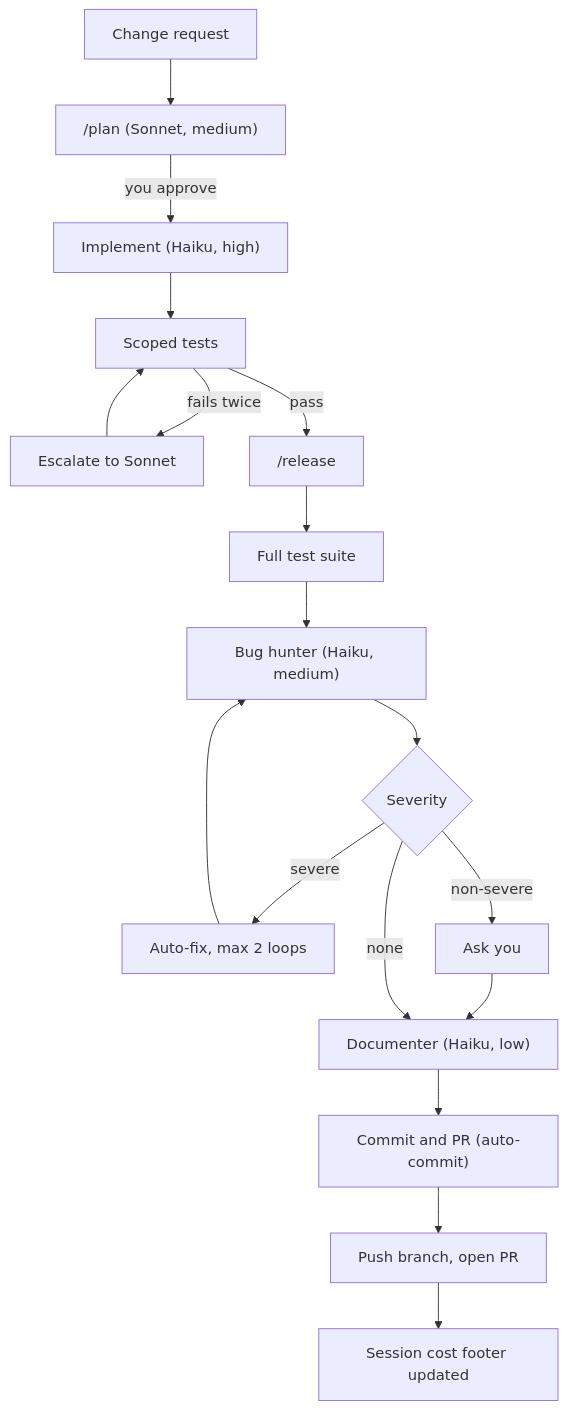
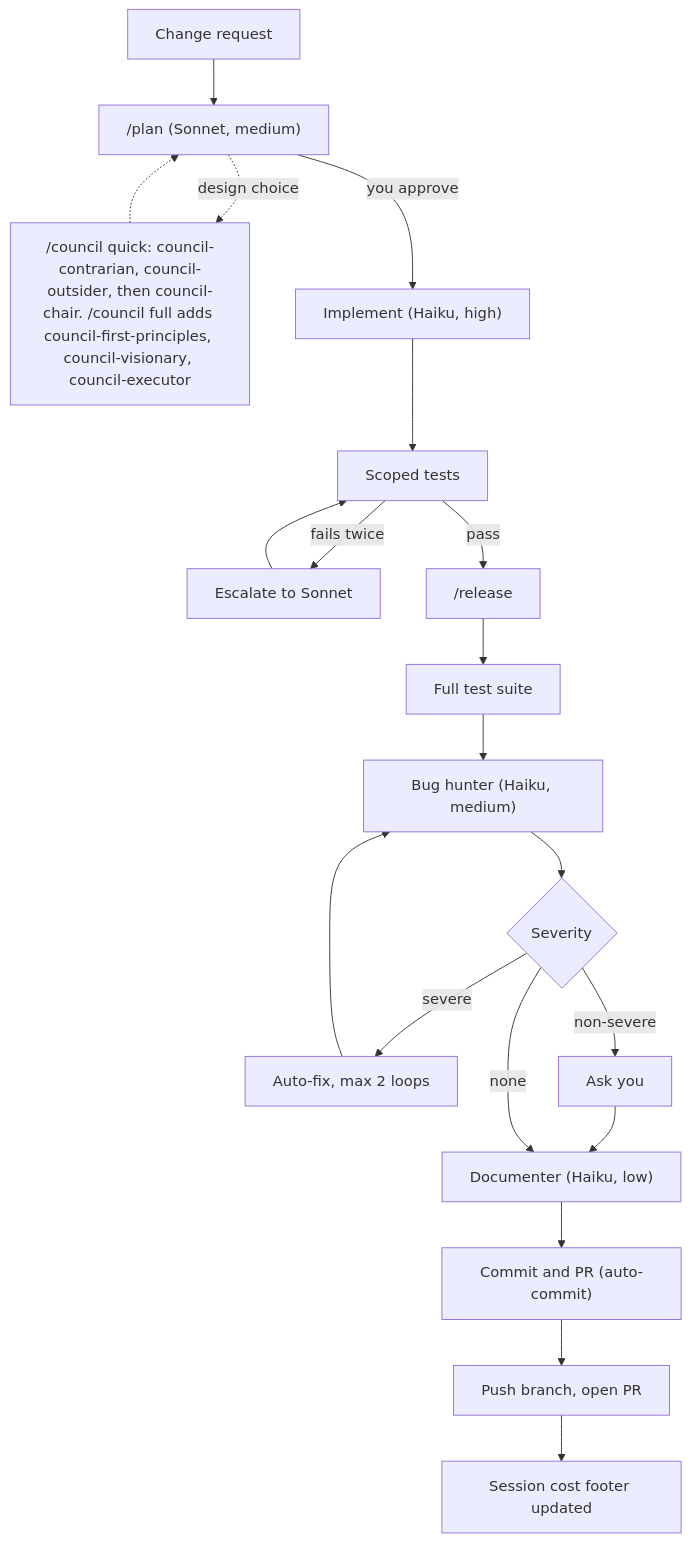
Before and after one commit to destaben/dotclaude: the diagram in README.md, drawn with Mermaid. The commit also changed other lines of this file and 37 other files, not shown here.

````diff
--- a/README.md
+++ b/README.md
@@ -92,20 +94,22 @@
 ```mermaid
 flowchart TD
     A[Change request] --> B["/plan (Sonnet, medium)"]
+    B -.->|design choice| Q["/council quick: council-contrarian, council-outsider, then council-chair. /council full adds council-first-principles, council-visionary, council-executor"]
+    Q -.-> B
     B -->|you approve| C["Implement (Haiku, high)"]
     C --> D[Scoped tests]
     D -->|fails twice| E[Escalate to Sonnet]
     E --> D
     D -->|pass| F["/release"]
     F --> G[Full test suite]
     G --> H["Bug hunter (Haiku, medium)"]
     H --> I{Severity}
     I -->|severe| J[Auto-fix, max 2 loops]
     J --> H
     I -->|non-severe| K[Ask you]
     K --> M
     I -->|none| M["Documenter (Haiku, low)"]
     M --> N["Commit and PR (auto-commit)"]
     N --> O[Push branch, open PR]
     O --> P[Session cost footer updated]
 ```
````
